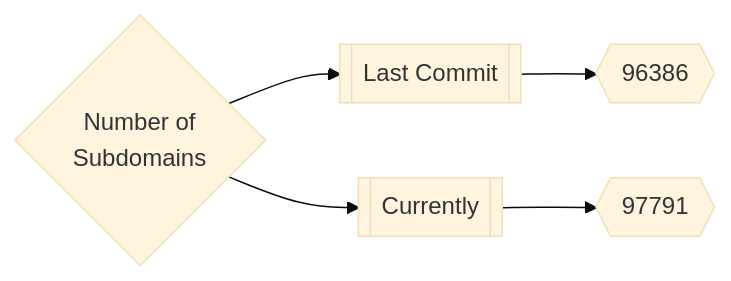
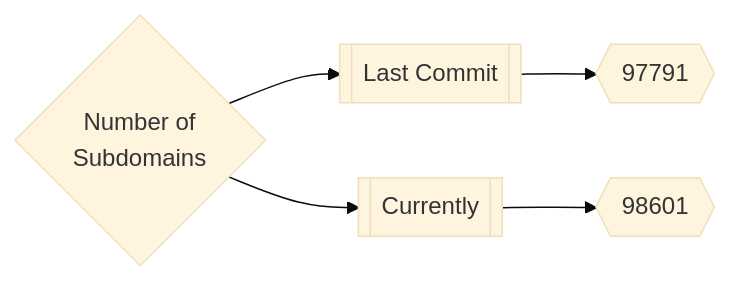
Before and after one commit to trickest/inventory: the first of 3 diagrams in README.md, drawn with Mermaid (base theme). The commit also changed other lines of this file and 82 other files, not shown here.

````diff
--- a/README.md
+++ b/README.md
@@ -165,5 +165,5 @@
 ```mermaid
 graph LR
-title{Number of<br>Subdomains} --> subdomainsDate1[[Last Commit]] --> subdomainsNum1{{96386}}
-title --> subdomainsDate2[[Currently]] --> subdomainsNum2{{97791}}
+title{Number of<br>Subdomains} --> subdomainsDate1[[Last Commit]] --> subdomainsNum1{{97791}}
+title --> subdomainsDate2[[Currently]] --> subdomainsNum2{{98601}}
 ```
````
